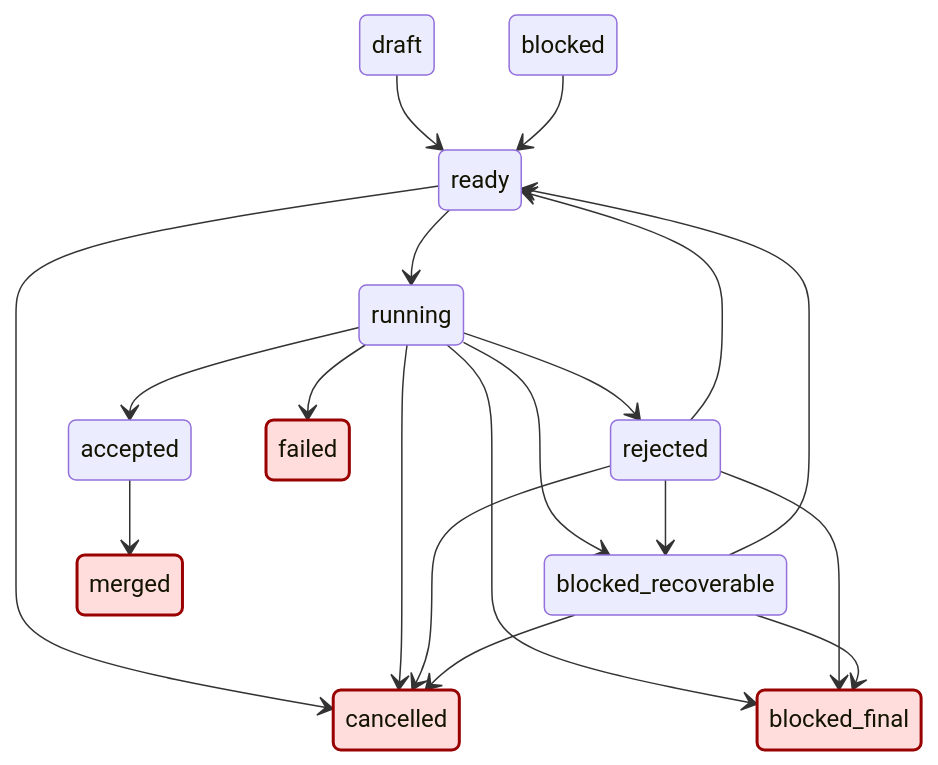
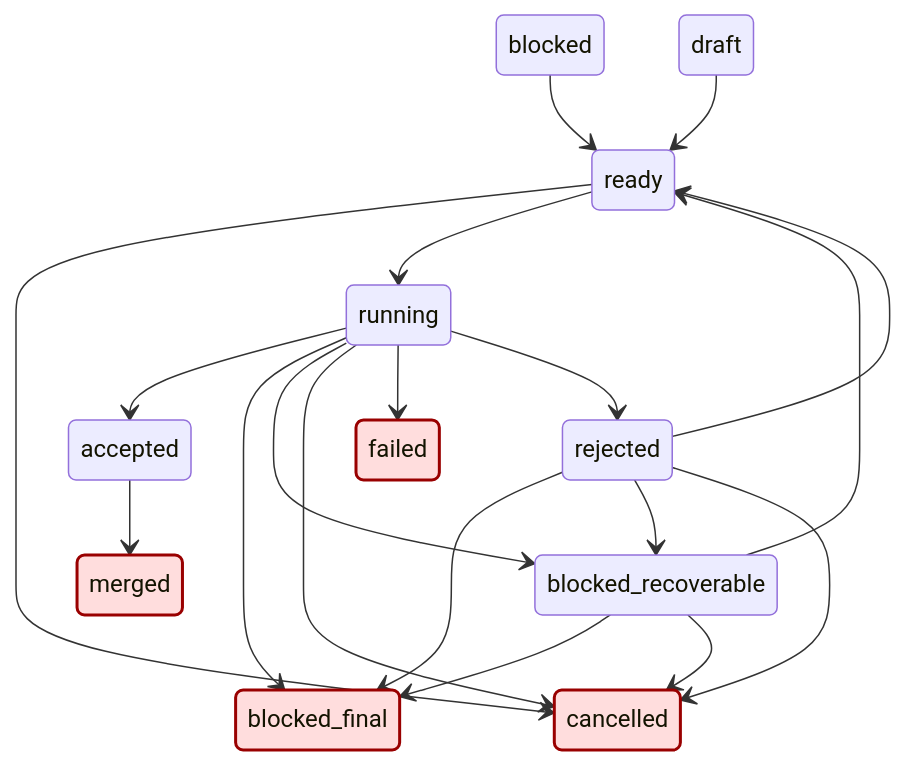
Before and after one commit to basilivanov/grace-orchestrator: the diagram in docs/state-diagram.md, drawn with Mermaid. The commit also changed other lines of this file and 13 other files, not shown here.

````diff
--- a/docs/state-diagram.md
+++ b/docs/state-diagram.md
@@ -1,27 +1,27 @@
 ```mermaid
 stateDiagram-v2
-    draft --> ready
-    ready --> running
-    ready --> cancelled
-    running --> accepted
-    running --> rejected
-    running --> blocked_recoverable
-    running --> blocked_final
-    running --> failed
-    running --> cancelled
-    rejected --> ready
-    rejected --> blocked_recoverable
-    rejected --> blocked_final
-    rejected --> cancelled
+    accepted --> merged
     blocked --> ready
-    blocked_recoverable --> ready
     blocked_recoverable --> blocked_final
     blocked_recoverable --> cancelled
-    accepted --> merged
+    blocked_recoverable --> ready
+    draft --> ready
+    ready --> cancelled
+    ready --> running
+    rejected --> blocked_final
+    rejected --> blocked_recoverable
+    rejected --> cancelled
+    rejected --> ready
+    running --> accepted
+    running --> blocked_final
+    running --> blocked_recoverable
+    running --> cancelled
+    running --> failed
+    running --> rejected
 
     classDef terminal fill:#fdd,stroke:#900,stroke-width:2px
     class blocked_final terminal
     class cancelled terminal
     class failed terminal
     class merged terminal
 ```
````
